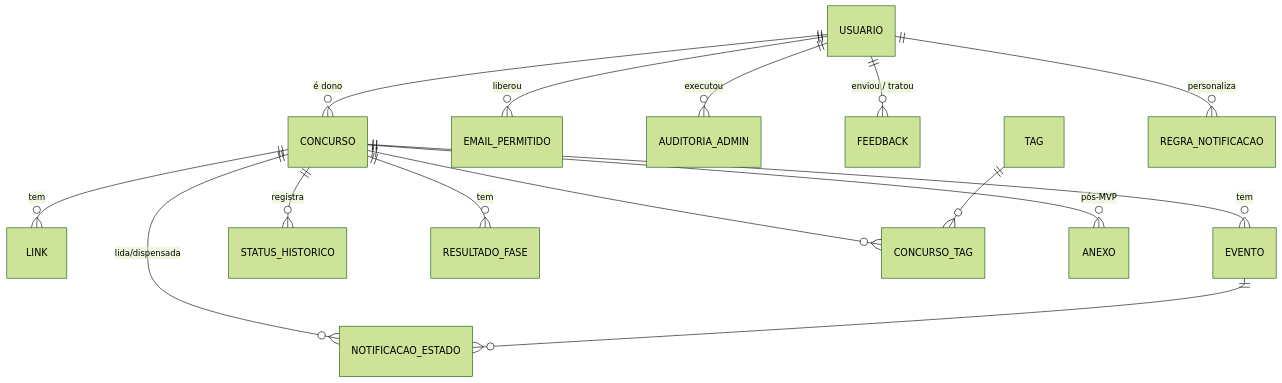
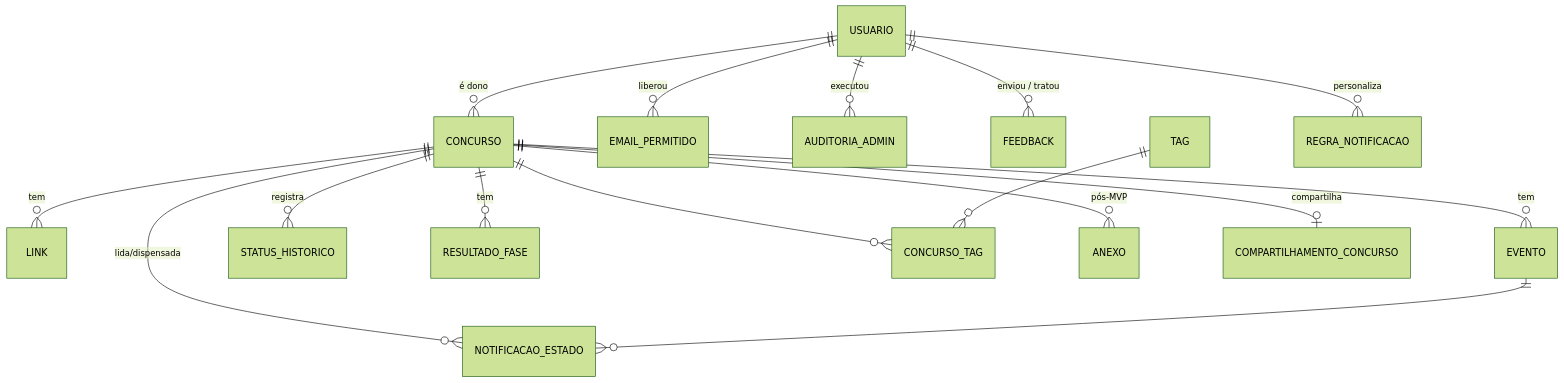
One commit to rkenjiak/concurso changed the second of 2 diagrams in docs/ARQUITETURA.md. Above: the diagram before and after it, drawn with Mermaid (forest theme). The commit also changed other lines of this file and 7 other files, not shown here.

````diff
--- a/docs/ARQUITETURA.md
+++ b/docs/ARQUITETURA.md
@@ -76,17 +76,18 @@
 ```mermaid
 erDiagram
   USUARIO ||--o{ CONCURSO : "é dono"
   USUARIO ||--o{ EMAIL_PERMITIDO : "liberou"
   USUARIO ||--o{ AUDITORIA_ADMIN : "executou"
   USUARIO ||--o{ FEEDBACK : "enviou / tratou"
   CONCURSO ||--o{ LINK : tem
   CONCURSO ||--o{ EVENTO : tem
   CONCURSO ||--o{ STATUS_HISTORICO : registra
   CONCURSO ||--o{ RESULTADO_FASE : tem
   CONCURSO ||--o{ CONCURSO_TAG : ""
   TAG ||--o{ CONCURSO_TAG : ""
   CONCURSO ||--o{ ANEXO : "pós-MVP"
+  CONCURSO ||--o| COMPARTILHAMENTO_CONCURSO : "compartilha"
   USUARIO ||--o{ REGRA_NOTIFICACAO : personaliza
   CONCURSO ||--o{ NOTIFICACAO_ESTADO : "lida/dispensada"
   EVENTO ||--o{ NOTIFICACAO_ESTADO : ""
 ```
````
